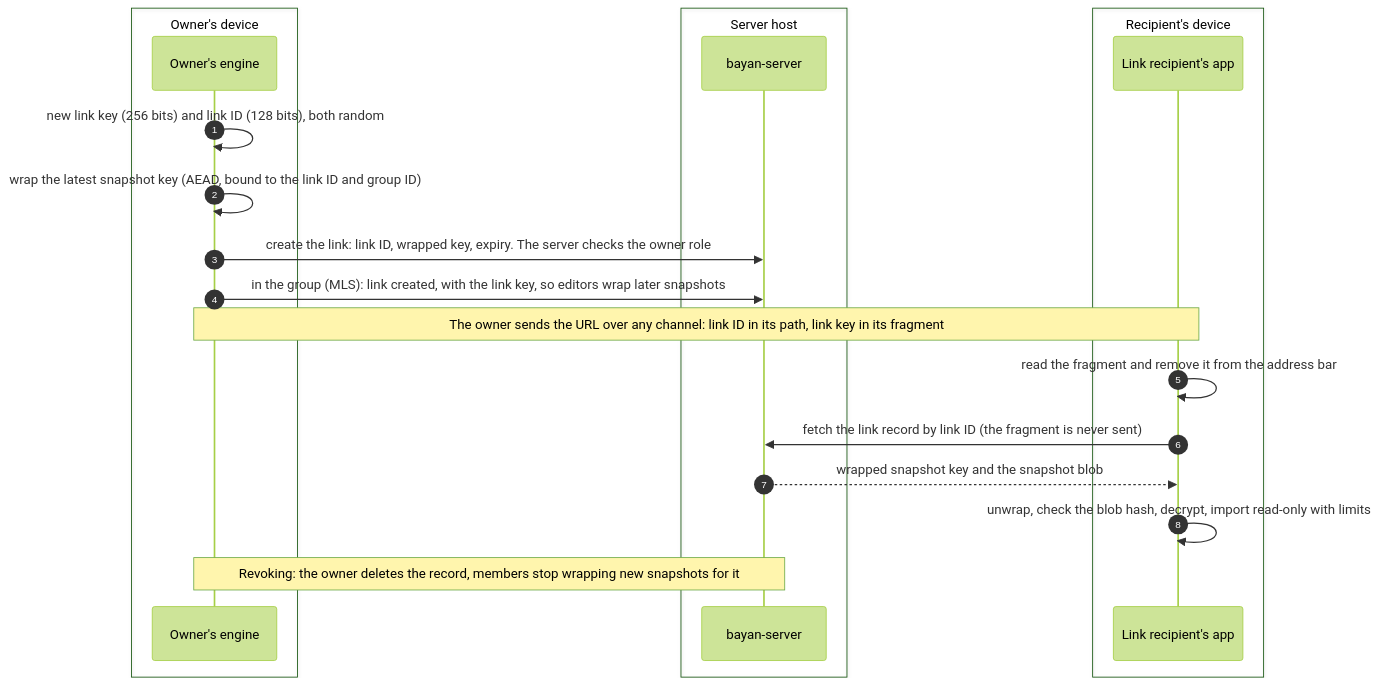
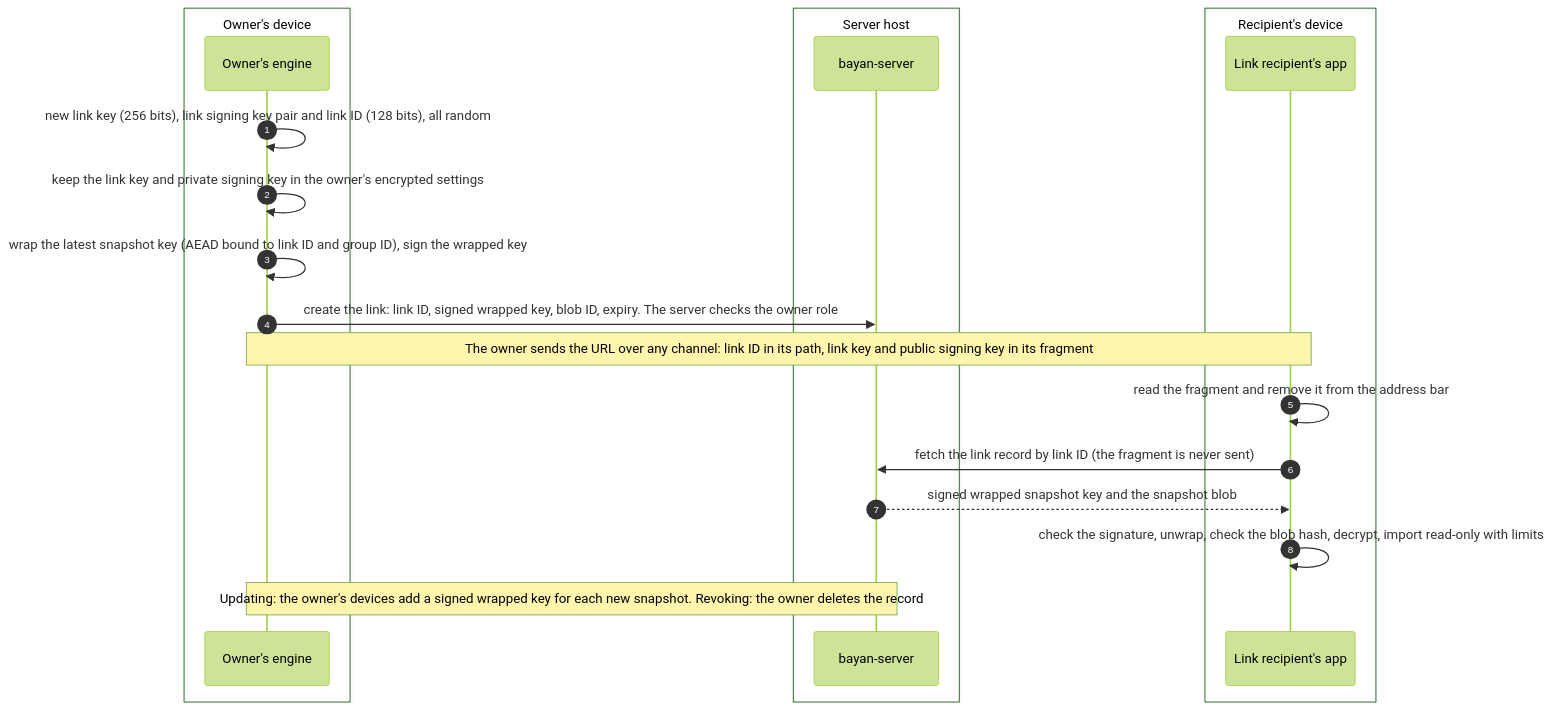
The eighth of 21 diagrams in specs/threat-model.md (BayanDocs/docs), drawn with Mermaid (forest theme) before and after one commit. The commit also changed other lines of this file and 1 other file, not shown here.

First line of the commit message:
docs(specs): revise threat model v1 and Phase-1 server drafts after review (SRV-003)

````diff
--- a/specs/threat-model.md
+++ b/specs/threat-model.md
@@ -513,23 +586,23 @@
 ```mermaid
 sequenceDiagram
   autonumber
   box Owner's device
     participant O as Owner's engine
   end
   box Server host
     participant S as bayan-server
   end
   box Recipient's device
     participant L as Link recipient's app
   end
-  O->>O: new link key (256 bits) and link ID (128 bits), both random
-  O->>O: wrap the latest snapshot key (AEAD, bound to the link ID and group ID)
-  O->>S: create the link: link ID, wrapped key, expiry. The server checks the owner role
-  O->>S: in the group (MLS): link created, with the link key, so editors wrap later snapshots
-  Note over O,L: The owner sends the URL over any channel: link ID in its path, link key in its fragment
+  O->>O: new link key (256 bits), link signing key pair and link ID (128 bits), all random
+  O->>O: keep the link key and private signing key in the owner's encrypted settings
+  O->>O: wrap the latest snapshot key (AEAD bound to link ID and group ID), sign the wrapped key
+  O->>S: create the link: link ID, signed wrapped key, blob ID, expiry. The server checks the owner role
+  Note over O,L: The owner sends the URL over any channel: link ID in its path, link key and public signing key in its fragment
   L->>L: read the fragment and remove it from the address bar
   L->>S: fetch the link record by link ID (the fragment is never sent)
-  S-->>L: wrapped snapshot key and the snapshot blob
-  L->>L: unwrap, check the blob hash, decrypt, import read-only with limits
-  Note over O,S: Revoking: the owner deletes the record, members stop wrapping new snapshots for it
+  S-->>L: signed wrapped snapshot key and the snapshot blob
+  L->>L: check the signature, unwrap, check the blob hash, decrypt, import read-only with limits
+  Note over O,S: Updating: the owner's devices add a signed wrapped key for each new snapshot. Revoking: the owner deletes the record
 ```
````
